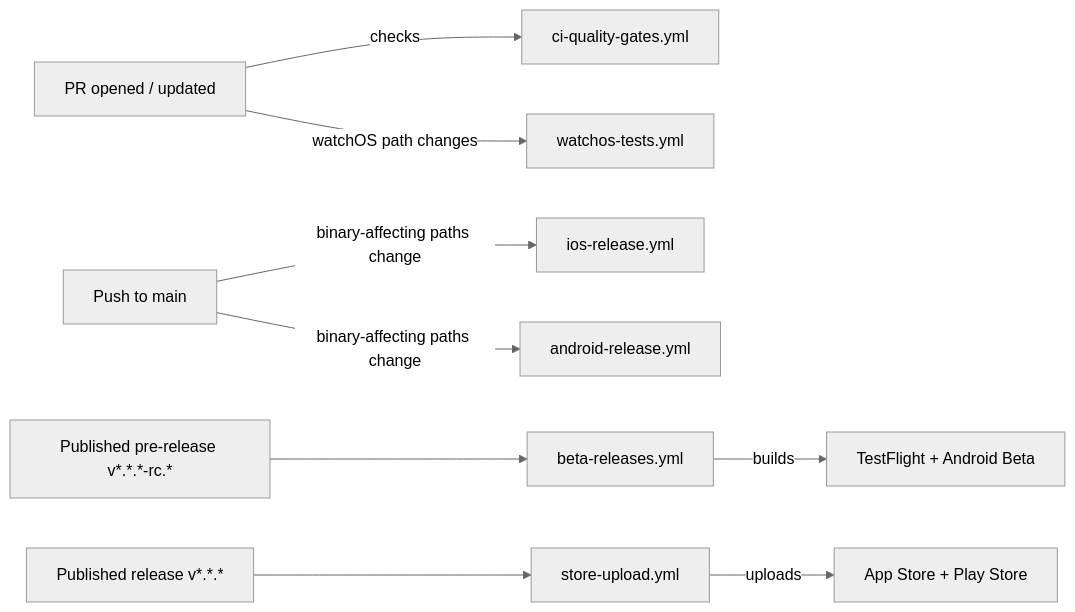
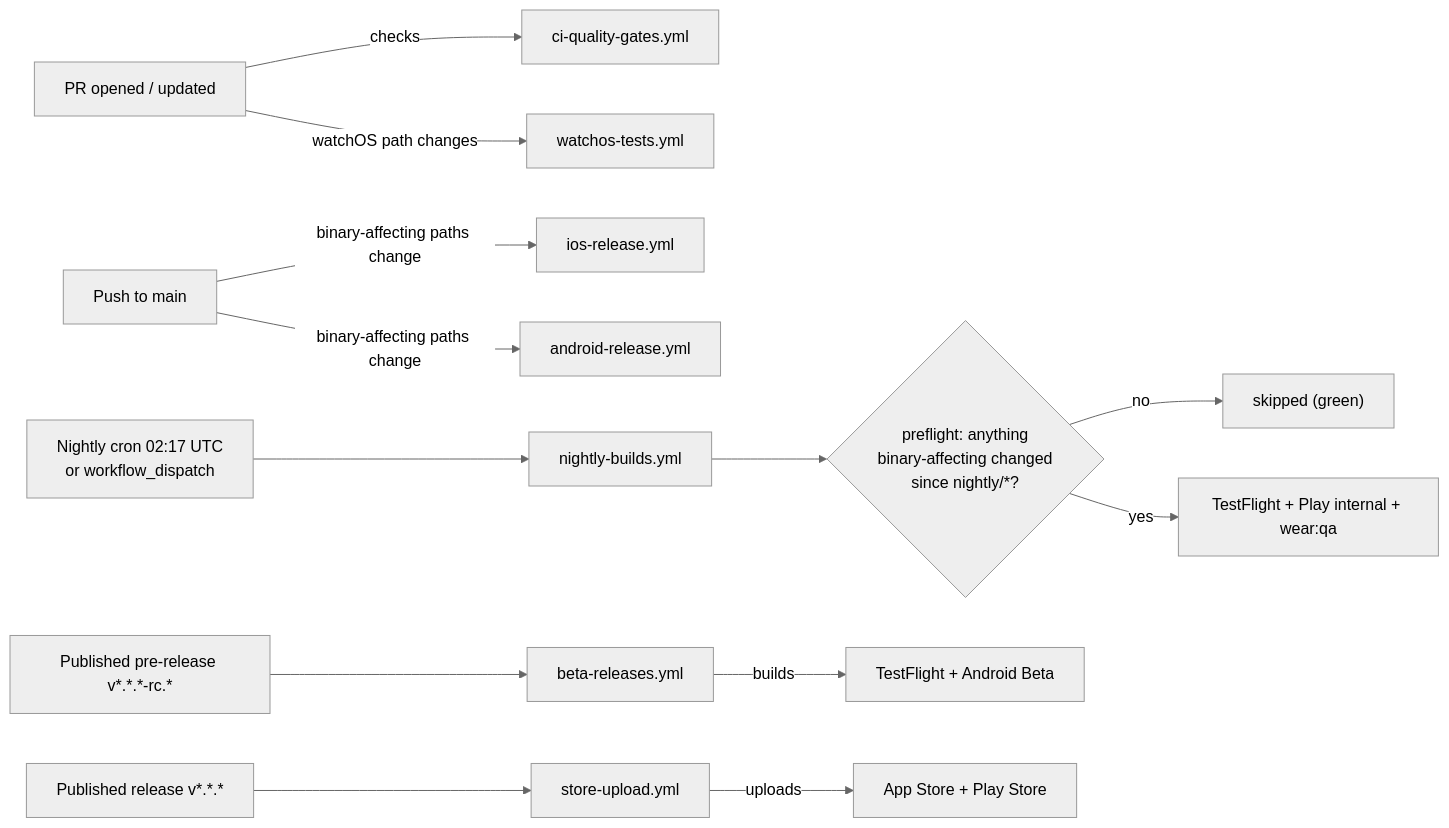
One commit to ifero/myLoyaltyCards changed the diagram in docs/cicd.md. Above: the diagram before and after it, drawn with Mermaid (neutral theme). The commit also changed other lines of this file and 21 other files, not shown here.

````diff
--- a/docs/cicd.md
+++ b/docs/cicd.md
@@ -30,11 +33,15 @@
 ```mermaid
 flowchart LR
   PR["PR opened / updated"] -->|checks| QG["ci-quality-gates.yml"]
   PR -->|watchOS path changes| WT["watchos-tests.yml"]
   PUSH["Push to main"] -->|binary-affecting paths change| IOSA["ios-release.yml"]
   PUSH -->|binary-affecting paths change| ANDA["android-release.yml"]
   RCREL["Published pre-release v*.*.*-rc.*"] --> BETA["beta-releases.yml"]
   RELREL["Published release v*.*.*"] --> STORE["store-upload.yml"]
+  CRON["Nightly cron 02:17 UTC<br/>or workflow_dispatch"] --> NIGHTLY["nightly-builds.yml"]
+  NIGHTLY --> PRE{"preflight: anything<br/>binary-affecting changed<br/>since nightly/*?"}
+  PRE -->|no| SKIP["skipped (green)"]
+  PRE -->|yes| NB["TestFlight + Play internal + wear:qa"]
   BETA -->|builds| TF["TestFlight + Android Beta"]
   STORE -->|uploads| STORE2["App Store + Play Store"]
 ```
````
